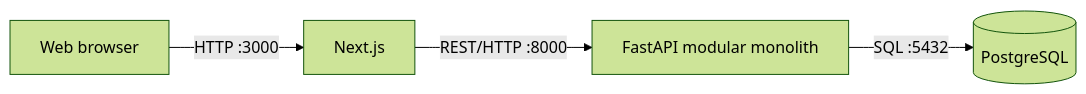
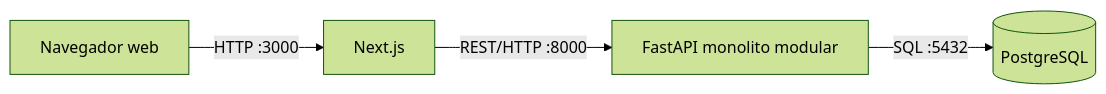
The first of 5 diagrams in docs/arc42/arc42-template-EN.md (ISCOUTB/AS_202620_TIENDA-VIRTUAL-UTB), drawn with Mermaid (forest theme) before and after one commit. The commit also changed other lines of this file and 5 other files, not shown here.

````diff
--- a/docs/arc42/arc42-template-EN.md
+++ b/docs/arc42/arc42-template-EN.md
@@ -145,6 +148,6 @@
 ```mermaid
 flowchart LR
-    Browser[Web browser] -->|HTTP :3000| Frontend[Next.js]
-    Frontend -->|REST/HTTP :8000| Backend[FastAPI modular monolith]
-    Backend -->|SQL :5432| Database[(PostgreSQL)]
+    Navegador[Navegador web] -->|HTTP :3000| Frontend[Next.js]
+    Frontend -->|REST/HTTP :8000| Backend[FastAPI monolito modular]
+    Backend -->|SQL :5432| BaseDatos[(PostgreSQL)]
 ```
````
